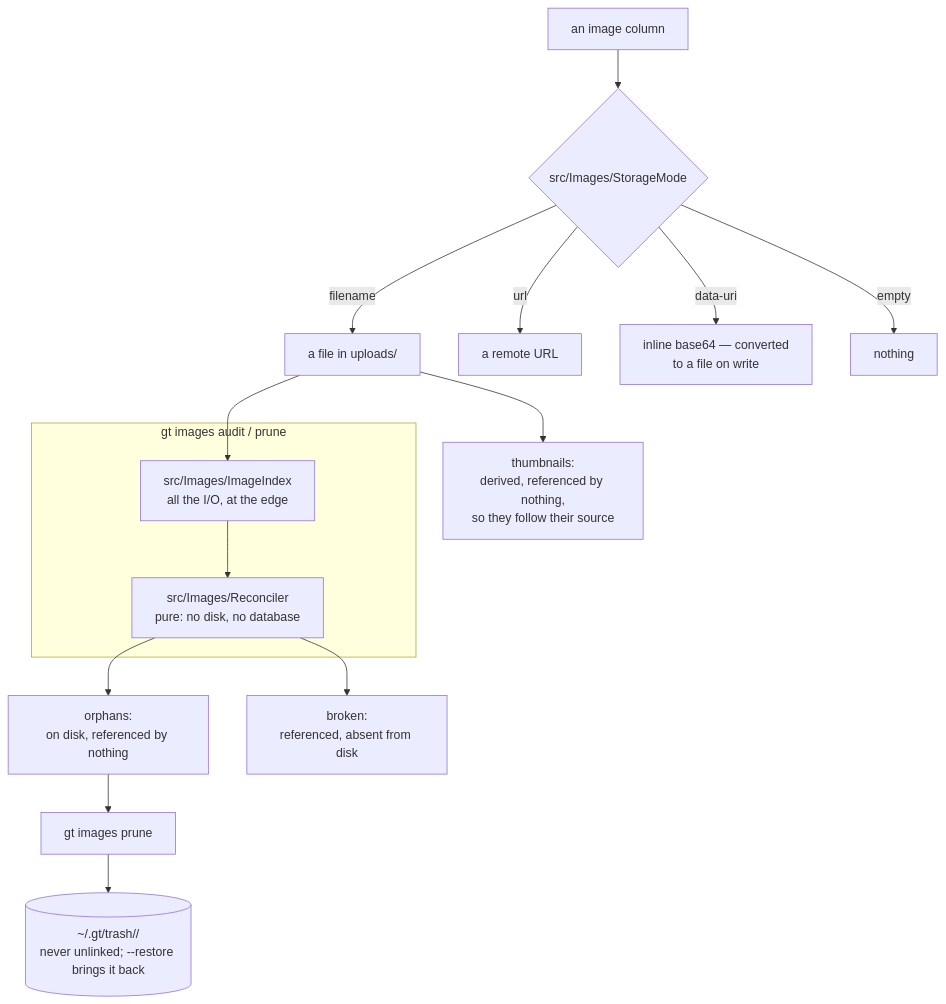
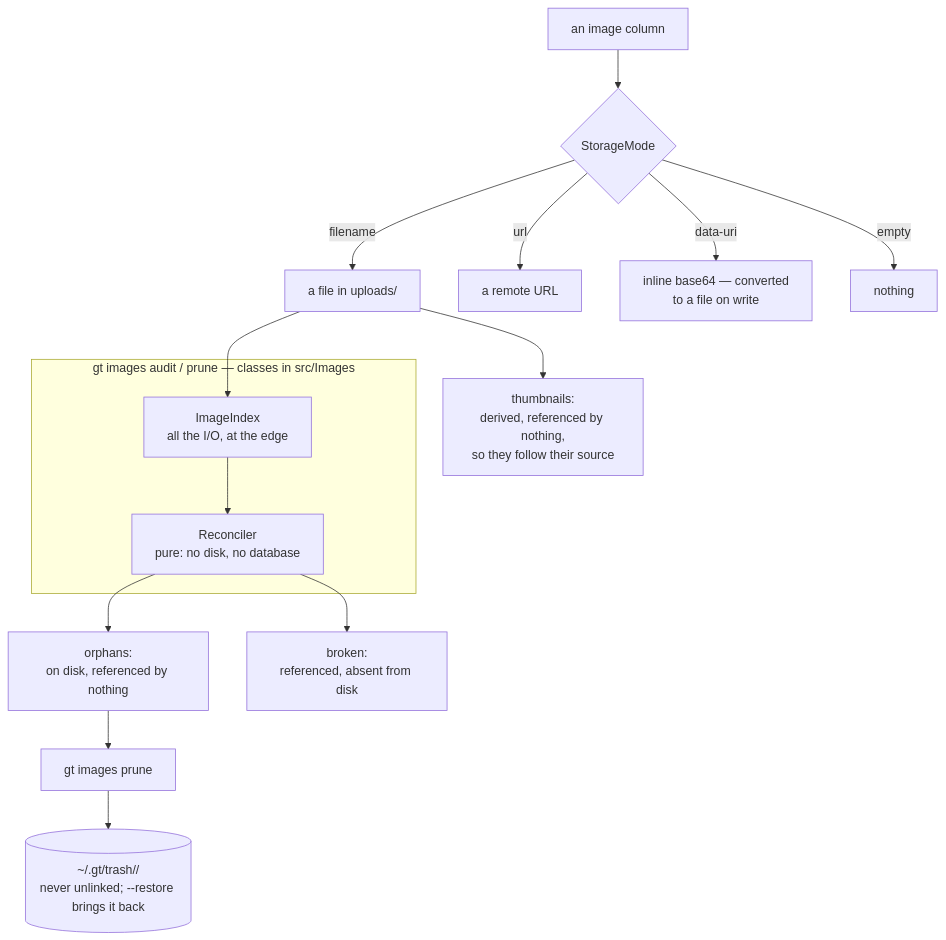
Before and after one commit to CammyBlack02/gameTracker: the third of 3 diagrams in docs/architecture/4-subsystems.md, drawn with Mermaid. The commit also changed 2 other files, not shown here.

````diff
--- a/docs/architecture/4-subsystems.md
+++ b/docs/architecture/4-subsystems.md
@@ -101,23 +101,23 @@
 ```mermaid
 flowchart TB
-    col["an image column"] --> mode{"src/Images/StorageMode"}
+    col["an image column"] --> mode{"StorageMode"}
     mode -->|"filename"| f["a file in uploads/"]
     mode -->|"url"| u["a remote URL"]
     mode -->|"data-uri"| d["inline base64 — converted<br/>to a file on write"]
     mode -->|"empty"| e["nothing"]
 
     f --> thumb["thumbnails:<br/>derived, referenced by nothing,<br/>so they follow their source"]
 
-    subgraph audit["gt images audit / prune"]
-        idx["src/Images/ImageIndex<br/>all the I/O, at the edge"]
-        rec["src/Images/Reconciler<br/>pure: no disk, no database"]
+    subgraph audit["gt images audit / prune — classes in src/Images"]
+        idx["ImageIndex<br/>all the I/O, at the edge"]
+        rec["Reconciler<br/>pure: no disk, no database"]
         idx --> rec
     end
 
     f --> idx
     rec --> orph["orphans:<br/>on disk, referenced by nothing"]
     rec --> broken["broken:<br/>referenced, absent from disk"]
 
     orph --> prune["gt images prune"]
     prune --> trash[("~/.gt/trash/<id>/<br/>never unlinked; --restore brings it back")]
 ```
````
